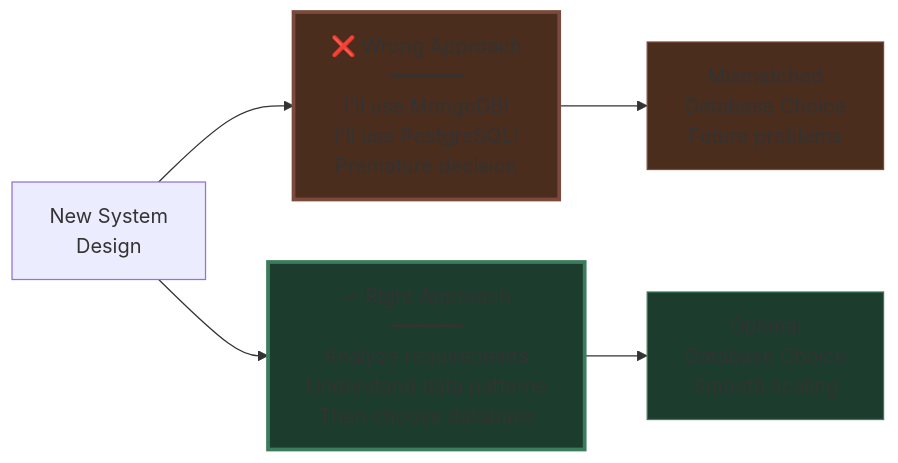
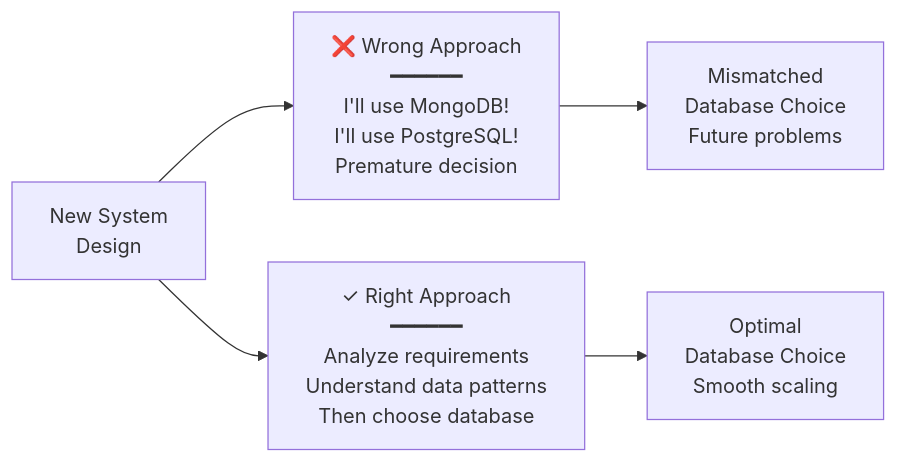
The seventh of 21 diagrams in system design beginner/10. Picking the right database.md (Yash-Kavaiya/The-System-Design-Masterclass), drawn with Mermaid before and after one commit. The commit also changed other lines of this file, not shown here.

````diff
--- a/system design beginner/10. Picking the right database.md
+++ b/system design beginner/10. Picking the right database.md
@@ -256,20 +231,16 @@
 ```mermaid
 graph LR
     START[New System<br/>Design]
     
     WRONG[❌ Wrong Approach<br/>━━━━━━<br/>I'll use MongoDB!<br/>I'll use PostgreSQL!<br/>Premature decision]
     
     RIGHT[✓ Right Approach<br/>━━━━━━<br/>Analyze requirements<br/>Understand data patterns<br/>Then choose database]
     
     START --> WRONG
     START --> RIGHT
     
     WRONG --> BAD[Mismatched<br/>Database Choice<br/>Future problems]
     
     RIGHT --> GOOD[Optimal<br/>Database Choice<br/>Smooth scaling]
     
-    style WRONG fill:#4a2d1c,stroke:#7c4a3c,stroke-width:3px
-    style RIGHT fill:#1c3d2d,stroke:#3c7c5c,stroke-width:3px
-    style BAD fill:#4a2d1c,stroke:#7c4a3c
-    style GOOD fill:#1c3d2d,stroke:#3c7c5c
 ```
````
